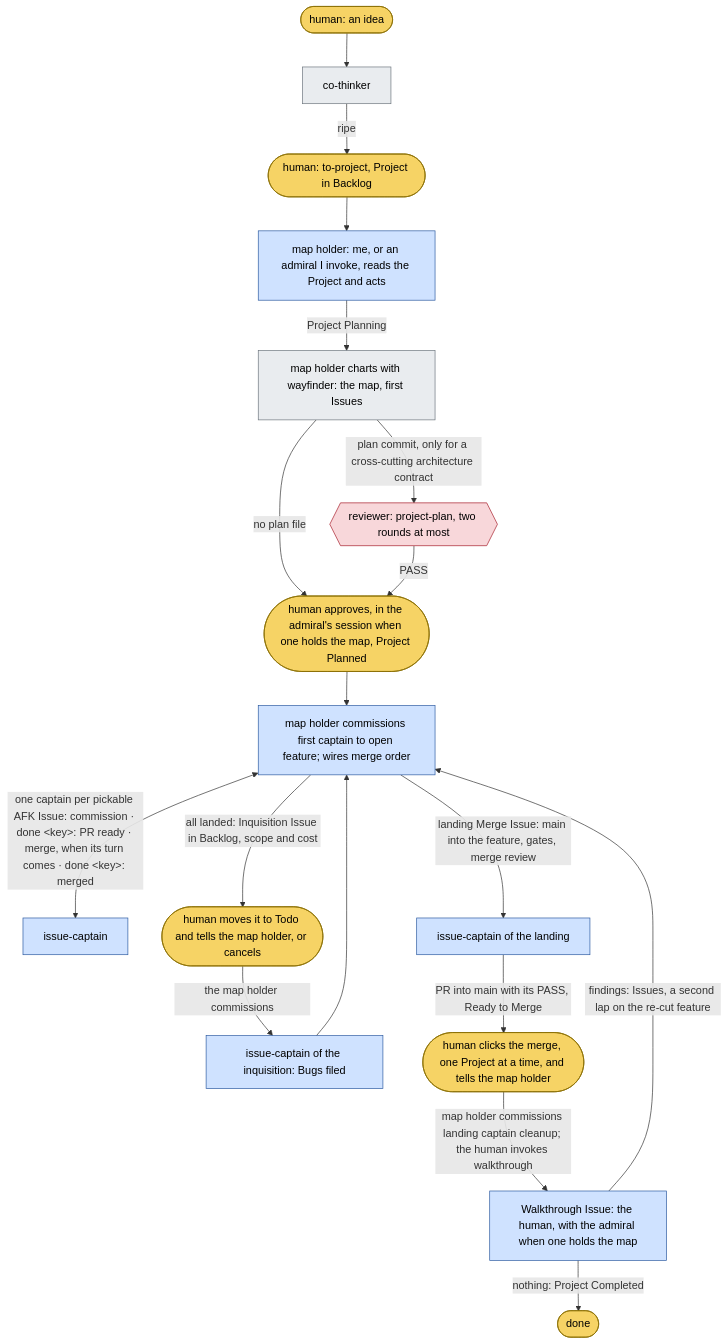
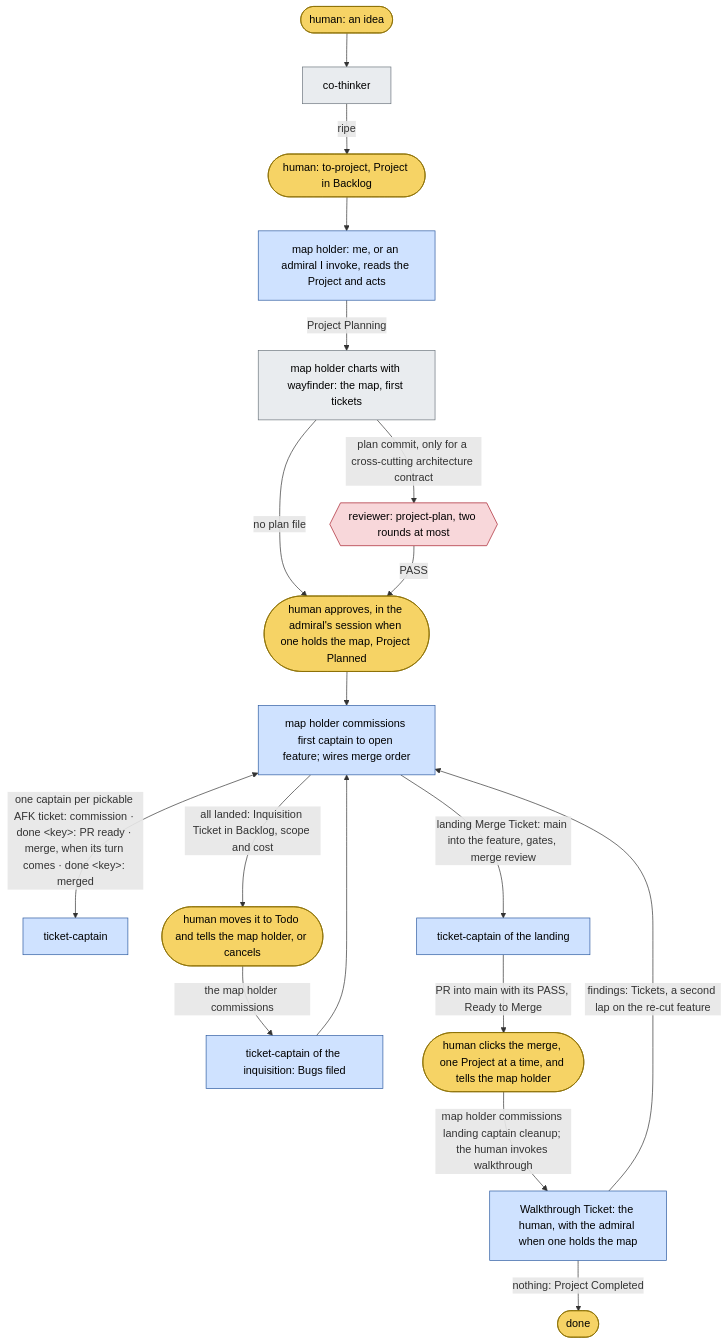
The first of 2 diagrams in README.md (bodnarbalazs/dydo), drawn with Mermaid before and after one commit. The commit also changed other lines of this file and 12 other files, not shown here.

````diff
--- a/README.md
+++ b/README.md
@@ -81,26 +81,26 @@
 ```mermaid
 flowchart TD
   classDef human fill:#f6d365,stroke:#8a6d00,color:#000
   classDef session fill:#e9ecef,stroke:#6c757d,color:#000
   classDef officer fill:#cfe2ff,stroke:#2c5aa0,color:#000
   classDef crew fill:#d4edda,stroke:#2e7d32,color:#000
   classDef reviewer fill:#f8d7da,stroke:#a71d2a,color:#000
 
   H0([human: an idea]):::human --> CT[co-thinker]:::session
   CT -->|ripe| TP([human: to-project, Project in Backlog]):::human
   TP --> AD[map holder: me, or an admiral I invoke, reads the Project and acts]:::officer
-  AD -->|Project Planning| PP[map holder charts with wayfinder: the map, first Issues]:::session
+  AD -->|Project Planning| PP[map holder charts with wayfinder: the map, first tickets]:::session
   PP -->|plan commit, only for a cross-cutting architecture contract| RP{{reviewer: project-plan, two rounds at most}}:::reviewer
   PP -->|no plan file| H1
   RP -->|PASS| H1([human approves, in the admiral's session when one holds the map, Project Planned]):::human
   H1 --> OP[map holder commissions first captain to open feature; wires merge order]:::officer
-  OP <-->|"one captain per pickable AFK Issue: commission · done &lt;key&gt;: PR ready · merge, when its turn comes · done &lt;key&gt;: merged"| IC[issue-captain]:::officer
-  OP -->|all landed: Inquisition Issue in Backlog, scope and cost| H2([human moves it to Todo and tells the map holder, or cancels]):::human
-  H2 -->|the map holder commissions| IQ[issue-captain of the inquisition: Bugs filed]:::officer
+  OP <-->|"one captain per pickable AFK ticket: commission · done &lt;key&gt;: PR ready · merge, when its turn comes · done &lt;key&gt;: merged"| IC[ticket-captain]:::officer
+  OP -->|all landed: Inquisition Ticket in Backlog, scope and cost| H2([human moves it to Todo and tells the map holder, or cancels]):::human
+  H2 -->|the map holder commissions| IQ[ticket-captain of the inquisition: Bugs filed]:::officer
   IQ --> OP
-  OP -->|landing Merge Issue: main into the feature, gates, merge review| LM[issue-captain of the landing]:::officer
+  OP -->|landing Merge Ticket: main into the feature, gates, merge review| LM[ticket-captain of the landing]:::officer
   LM -->|PR into main with its PASS, Ready to Merge| H3([human clicks the merge, one Project at a time, and tells the map holder]):::human
-  H3 -->|map holder commissions landing captain cleanup; the human invokes walkthrough| WT[Walkthrough Issue: the human, with the admiral when one holds the map]:::officer
-  WT -->|findings: Issues, a second lap on the re-cut feature| OP
+  H3 -->|map holder commissions landing captain cleanup; the human invokes walkthrough| WT[Walkthrough Ticket: the human, with the admiral when one holds the map]:::officer
+  WT -->|findings: Tickets, a second lap on the re-cut feature| OP
   WT -->|nothing: Project Completed| END([done]):::human
 ```
````
